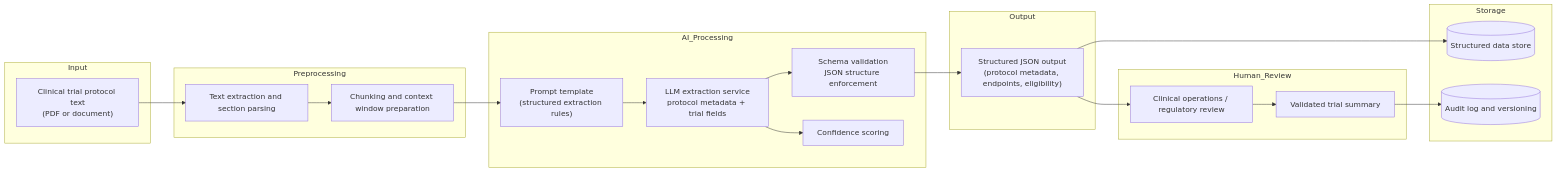
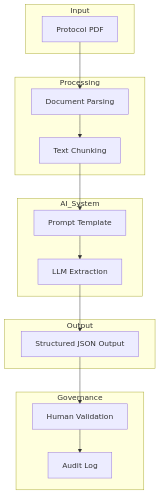
Before and after one commit to ninarden97-stack/AI-Clinical-Research-Projects: the diagram in AI-Clinical-Trial-Protocol-Analyzer/architecture.md, drawn with Mermaid.

````diff
--- a/AI-Clinical-Trial-Protocol-Analyzer/architecture.md
+++ b/AI-Clinical-Trial-Protocol-Analyzer/architecture.md
@@ -1,47 +1,34 @@
 ```mermaid
-flowchart LR
+flowchart TB
 
-subgraph Input
-A["Clinical trial protocol text<br/>(PDF or document)"]
-end
+  subgraph Input
+    A[Protocol PDF]
+  end
 
-subgraph Preprocessing
-B["Text extraction and section parsing"]
-C["Chunking and context window preparation"]
-end
+  subgraph Processing
+    B[Document Parsing]
+    C[Text Chunking]
+  end
 
-subgraph AI_Processing
-D["Prompt template<br/>(structured extraction rules)"]
-E["LLM extraction service<br/>protocol metadata + trial fields"]
-F["Schema validation<br/>JSON structure enforcement"]
-G["Confidence scoring"]
-end
+  subgraph AI_System
+    D[Prompt Template]
+    E[LLM Extraction]
+  end
 
-subgraph Output
-H["Structured JSON output<br/>(protocol metadata, endpoints, eligibility)"]
-end
+  subgraph Output
+    F[Structured JSON Output]
+  end
 
-subgraph Human_Review
-I["Clinical operations / regulatory review"]
-J["Validated trial summary"]
-end
+  subgraph Governance
+    G[Human Validation]
+    H[Audit Log]
+  end
 
-subgraph Storage
-K[("Structured data store")]
-L[("Audit log and versioning")]
-end
-
-A --> B
-B --> C
-C --> D
-D --> E
-E --> F
-E --> G
-
-F --> H
-H --> I
-I --> J
-
-H --> K
-J --> L
+  A --> B
+  B --> C
+  C --> D
+  D --> E
+  E --> F
+  F --> G
+  G --> H
 ```
````
